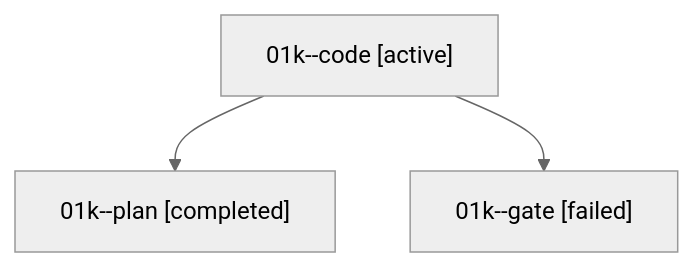
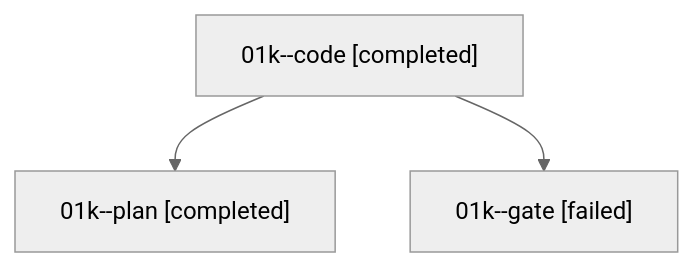
Before and after one commit to bobs-org/bob-cli--agents: the diagram in families/bbugyi200.athena.01k.md, drawn with Mermaid (neutral theme). The commit also changed other lines of this file and 34 other files, not shown here.

````diff
--- a/families/bbugyi200.athena.01k.md
+++ b/families/bbugyi200.athena.01k.md
@@ -9,8 +9,8 @@
 ```mermaid
 flowchart TD
-  n0["01k--code [active]"]
+  n0["01k--code [completed]"]
   n1["01k--plan [completed]"]
   n0 --> n1
   n2["01k--gate [failed]"]
   n0 --> n2
 ```
````
